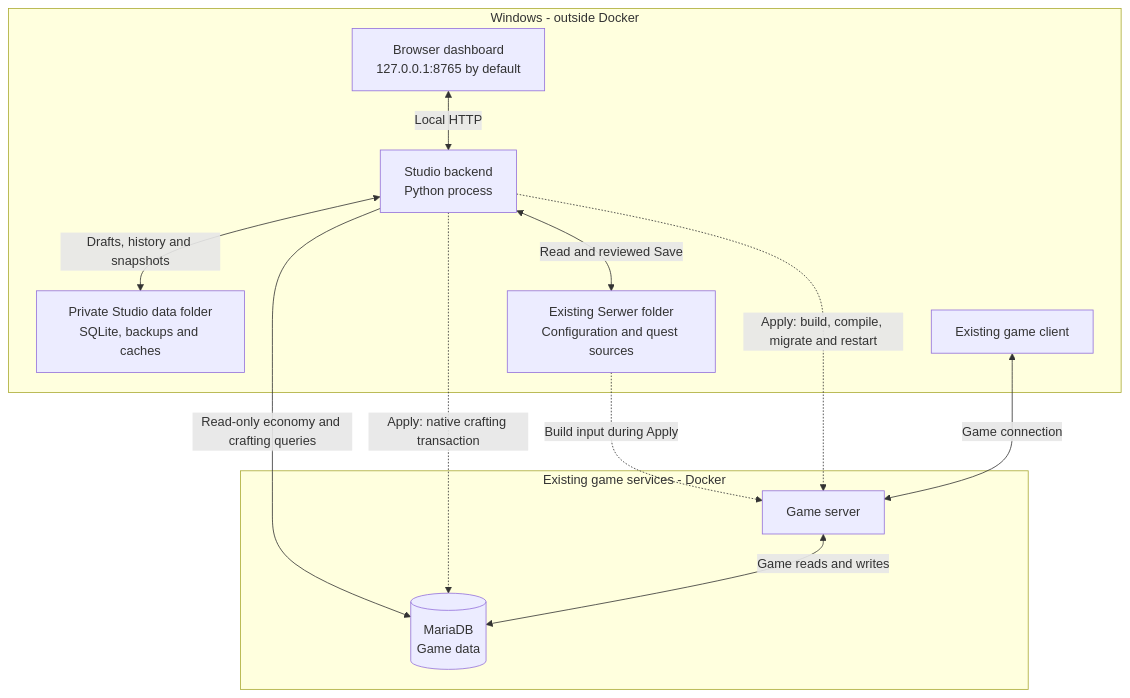
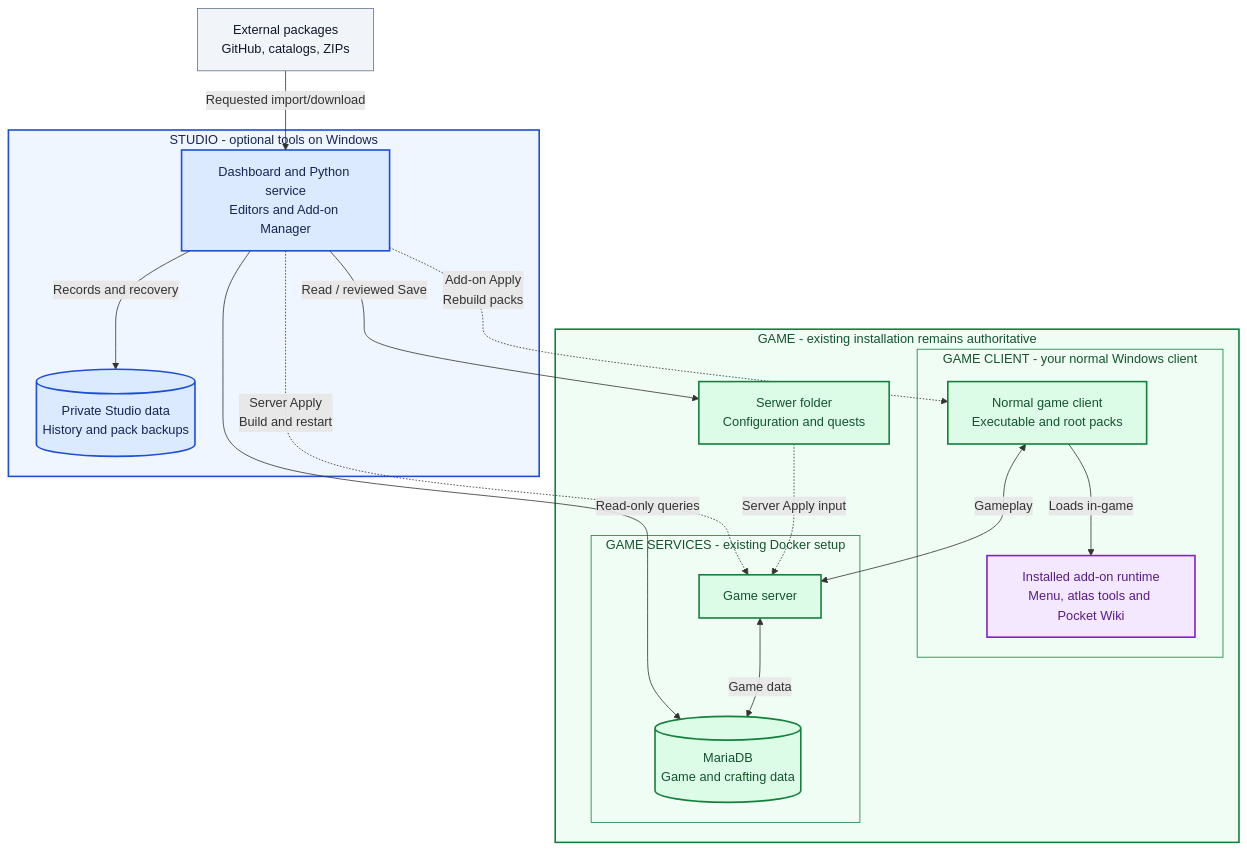
Before and after one commit to CosTeiiRa/mt2-singleplayer-studio: the diagram in README.md, drawn with Mermaid. The commit also changed other lines of this file and 131 other files, not shown here.

````diff
--- a/README.md
+++ b/README.md
@@ -13,25 +240,48 @@
 ```mermaid
 flowchart TB
-    subgraph local["Windows - outside Docker"]
-        browser["Browser dashboard<br/>127.0.0.1:8765 by default"]
-        studio["Studio backend<br/>Python process"]
-        state["Private Studio data folder<br/>SQLite, backups and caches"]
-        files["Existing Serwer folder<br/>Configuration and quest sources"]
-        client["Existing game client"]
+    sources["External packages<br/>GitHub, catalogs, ZIPs"]
+
+    subgraph studioSide["STUDIO - optional tools on Windows"]
+        studio["Dashboard and Python service<br/>Editors and Add-on Manager"]
+        state[("Private Studio data<br/>History and pack backups")]
+        studio -->|Records and recovery| state
     end
 
-    subgraph docker["Existing game services - Docker"]
-        game["Game server"]
-        db[("MariaDB<br/>Game data")]
+    subgraph gameSide["GAME - existing installation remains authoritative"]
+        files["Serwer folder<br/>Configuration and quests"]
+
+        subgraph clientSide["GAME CLIENT - your normal Windows client"]
+            client["Normal game client<br/>Executable and root packs"]
+            addons["Installed add-on runtime<br/>Menu, atlas tools and Pocket Wiki"]
+            client -->|Loads in-game| addons
+        end
+
+        subgraph docker["GAME SERVICES - existing Docker setup"]
+            game["Game server"]
+            db[("MariaDB<br/>Game and crafting data")]
+        end
+
+        files -.->|Server Apply input| game
+        client <-->|Gameplay| game
+        game <-->|Game data| db
     end
 
-    browser <-->|Local HTTP| studio
-    studio <-->|Drafts, history and snapshots| state
-    studio <-->|Read and reviewed Save| files
-    studio -->|Read-only economy and crafting queries| db
-    files -.->|Build input during Apply| game
-    studio -.->|Apply: build, compile, migrate and restart| game
-    studio -.->|Apply: native crafting transaction| db
-    client <-->|Game connection| game
-    game <-->|Game reads and writes| db
+    sources -->|Requested import/download| studio
+    studio -->|Read / reviewed Save| files
+    studio -->|Read-only queries| db
+    studio -.->|Server Apply<br/>Build and restart| game
+    studio -.->|Add-on Apply<br/>Rebuild packs| client
+
+    classDef studioOwned fill:#dbeafe,stroke:#1d4ed8,color:#172554,stroke-width:2px
+    classDef gameOwned fill:#dcfce7,stroke:#15803d,color:#14532d,stroke-width:2px
+    classDef addonCode fill:#f3e8ff,stroke:#7e22ce,color:#581c87,stroke-width:2px
+    classDef external fill:#f1f5f9,stroke:#64748b,color:#0f172a
+    class studio,state studioOwned
+    class files,client,game,db gameOwned
+    class addons addonCode
+    class sources external
+    style studioSide fill:#eff6ff,stroke:#1d4ed8,color:#172554,stroke-width:2px
+    style gameSide fill:#f0fdf4,stroke:#15803d,color:#14532d,stroke-width:2px
+    style clientSide fill:#f0fdf4,stroke:#15803d,color:#14532d
+    style docker fill:#f0fdf4,stroke:#15803d,color:#14532d
 ```
````
